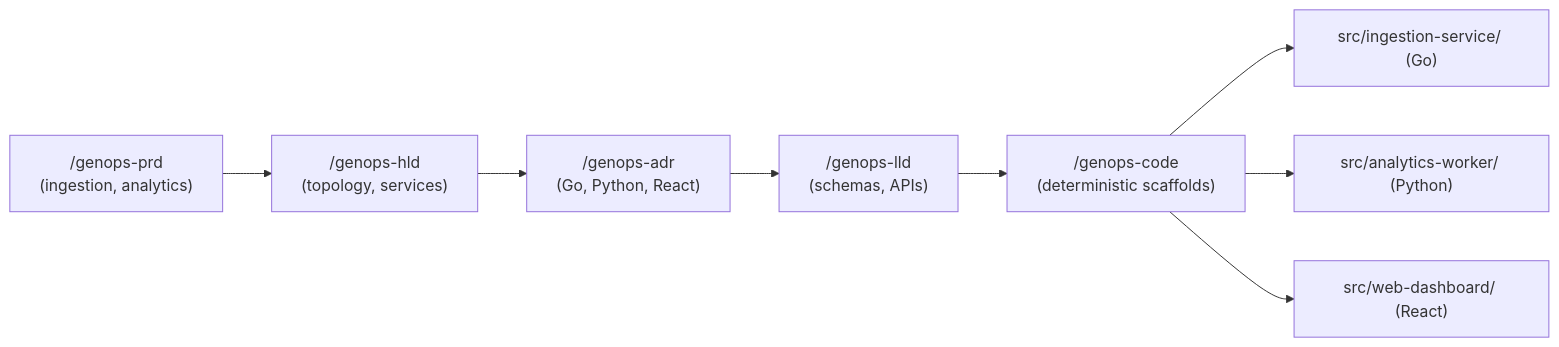
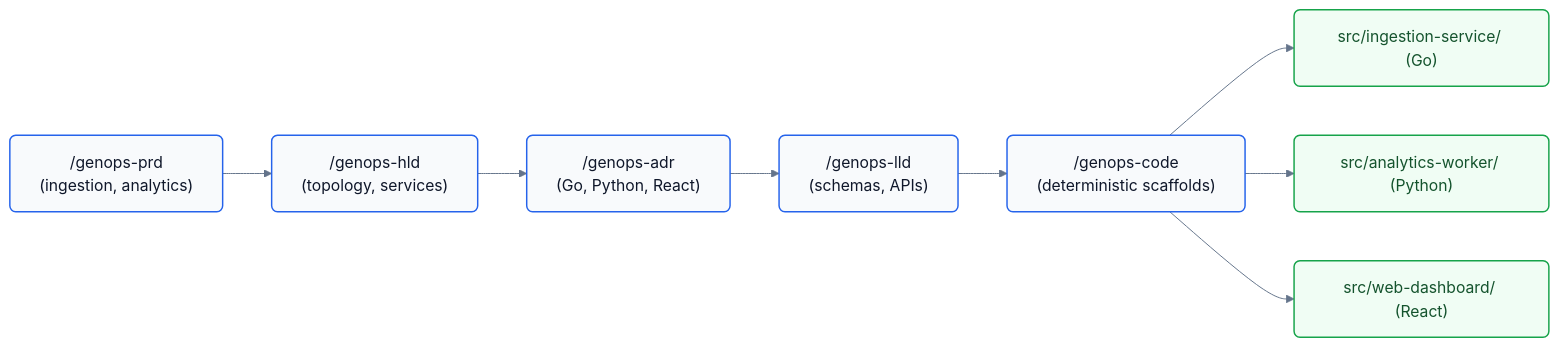
Before and after one commit to seismael/GenOps: the third of 8 diagrams in docs/guides/USE_CASES_AND_WORKFLOWS.md, drawn with Mermaid. The commit also changed other lines of this file and 2 other files, not shown here.

Commit message:
docs: establish ContextOps architecture with RFC-001 and documentation for usage workflows and project overview.

````diff
--- a/docs/guides/USE_CASES_AND_WORKFLOWS.md
+++ b/docs/guides/USE_CASES_AND_WORKFLOWS.md
@@ -69,11 +72,17 @@
 ```mermaid
+%%{init: {'theme': 'base', 'themeVariables': { 'fontFamily': 'Inter, system-ui, sans-serif', 'lineColor': '#64748b', 'primaryTextColor': '#0f172a' }}}%%
 flowchart LR
     P["/genops-prd<br/>(ingestion, analytics)"] --> H["/genops-hld<br/>(topology, services)"]
     H --> A["/genops-adr<br/>(Go, Python, React)"]
     A --> L["/genops-lld<br/>(schemas, APIs)"]
     L --> C["/genops-code<br/>(deterministic scaffolds)"]
     
     C --> S1["src/ingestion-service/ (Go)"]
     C --> S2["src/analytics-worker/ (Python)"]
     C --> S3["src/web-dashboard/ (React)"]
+
+    classDef stageBox fill:#f8fafc,stroke:#2563eb,stroke-width:1.5px,color:#0f172a,rx:6px,ry:6px;
+    classDef codeBox fill:#f0fdf4,stroke:#16a34a,stroke-width:1.5px,color:#14532d,rx:6px,ry:6px;
+    class P,H,A,L,C stageBox;
+    class S1,S2,S3 codeBox;
 ```
````
